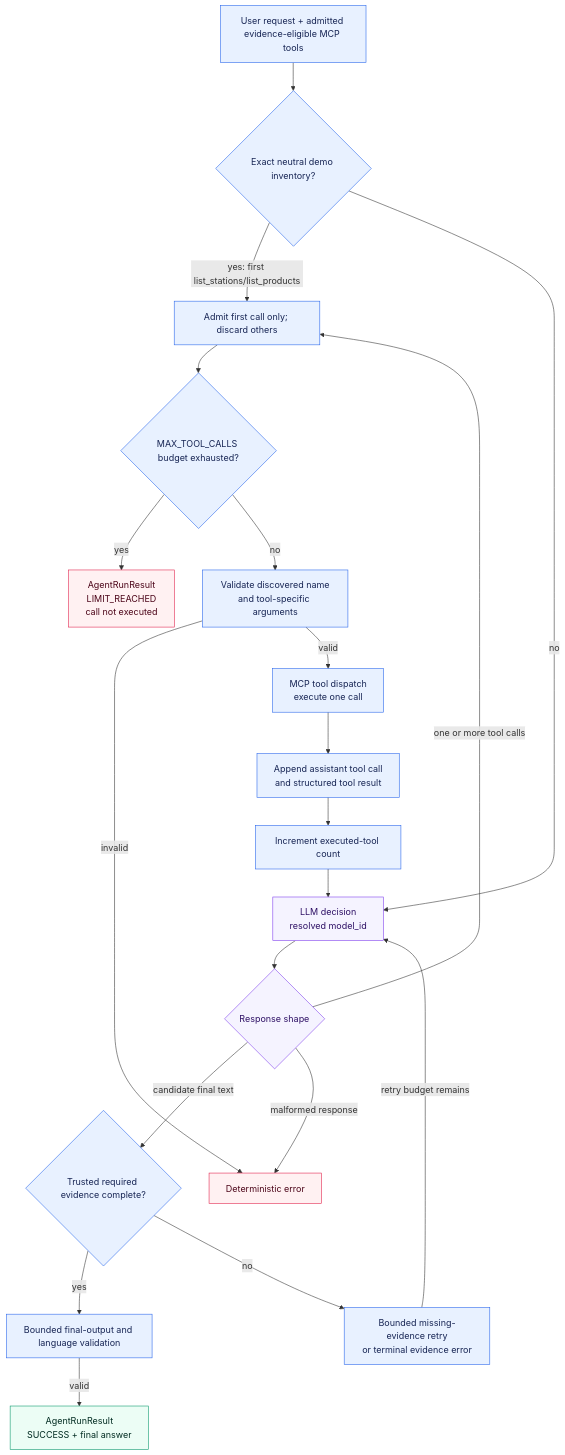
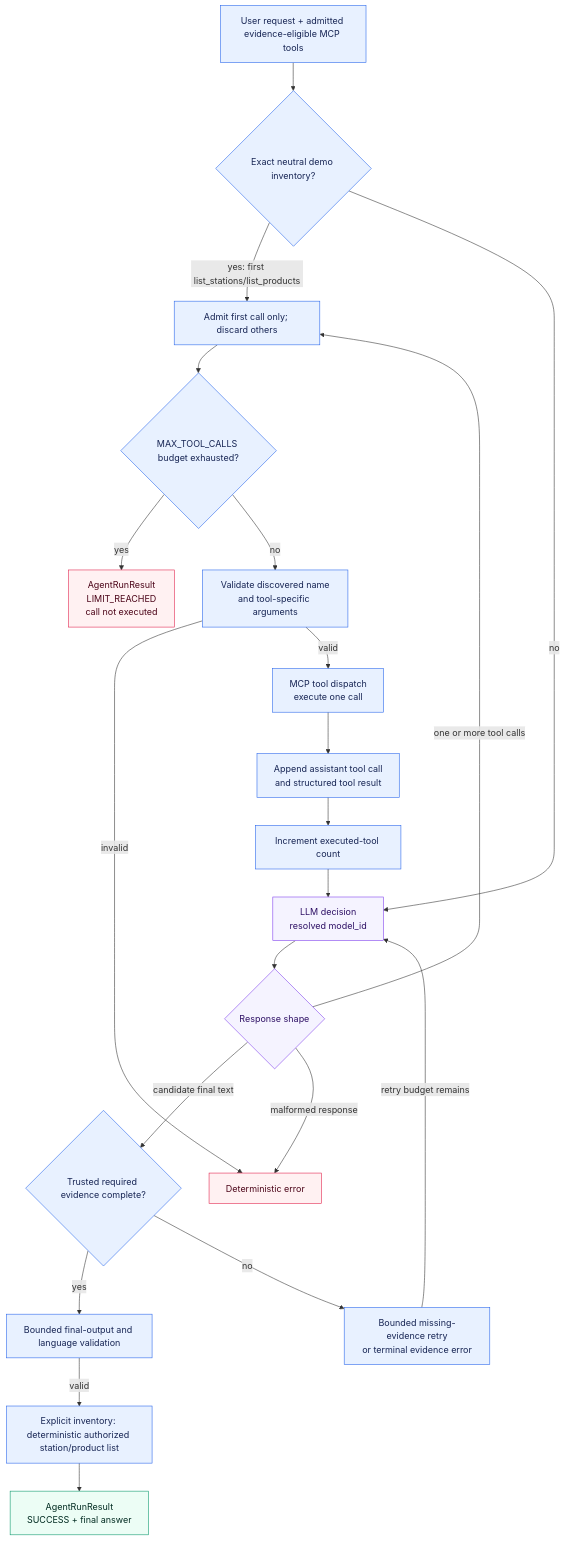
One commit to aboerzel/industrial-ai-agent changed diagram 11 of 22 in docs/architecture/overview.md. Above: the diagram before and after it, drawn with Mermaid. The commit also changed other lines of this file and 27 other files, not shown here.

````diff
--- a/docs/architecture/overview.md
+++ b/docs/architecture/overview.md
@@ -921,31 +921,32 @@
 ```mermaid
 flowchart TD
     Start["User request + admitted evidence-eligible MCP tools"] --> Inventory{"Exact neutral demo inventory?"}
     Inventory -->|"yes: first list_stations/list_products"| Admit
     Inventory -->|"no"| Decide["LLM decision<br/>resolved model_id"]
     Decide --> Shape{"Response shape"}
     Shape -->|"candidate final text"| Complete{"Trusted required evidence complete?"}
     Complete -->|"yes"| Normalize["Bounded final-output and language validation"]
-    Normalize -->|"valid"| Success["AgentRunResult<br/>SUCCESS + final answer"]
+    Normalize -->|"valid"| Present["Explicit inventory: deterministic authorized station/product list"]
+    Present --> Success["AgentRunResult<br/>SUCCESS + final answer"]
     Complete -->|"no"| Missing["Bounded missing-evidence retry<br/>or terminal evidence error"]
     Missing -->|"retry budget remains"| Decide
     Shape -->|"malformed response"| Invalid["Deterministic error"]
     Shape -->|"one or more tool calls"| Admit["Admit first call only; discard others"]
     Admit --> Budget{"MAX_TOOL_CALLS budget exhausted?"}
     Budget -->|"yes"| Limit["AgentRunResult<br/>LIMIT_REACHED<br/>call not executed"]
     Budget -->|"no"| Validate["Validate discovered name<br/>and tool-specific arguments"]
     Validate -->|"invalid"| Invalid
     Validate -->|"valid"| Dispatch["MCP tool dispatch<br/>execute one call"]
     Dispatch --> Observe["Append assistant tool call<br/>and structured tool result"]
     Observe --> Count["Increment executed-tool count"]
     Count --> Decide
 
     classDef llm fill:#f5f3ff,stroke:#7c3aed,color:#2e1065
     classDef deterministic fill:#e8f1ff,stroke:#2563eb,color:#172554
     classDef success fill:#ecfdf5,stroke:#059669,color:#022c22
     classDef failure fill:#fff1f2,stroke:#e11d48,color:#4c0519
     class Decide,Shape llm
-    class Start,Inventory,Admit,Budget,Validate,Dispatch,Observe,Count,Complete,Normalize,Missing deterministic
+    class Start,Inventory,Admit,Budget,Validate,Dispatch,Observe,Count,Complete,Normalize,Present,Missing deterministic
     class Success success
     class Invalid,Limit failure
 ```
````
